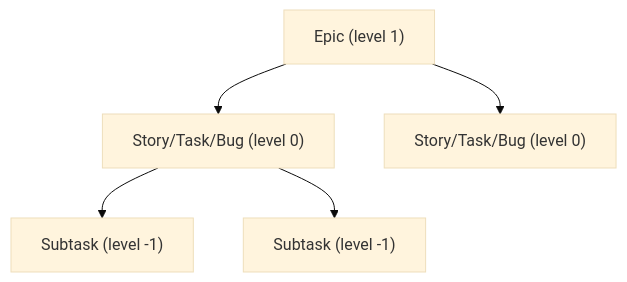
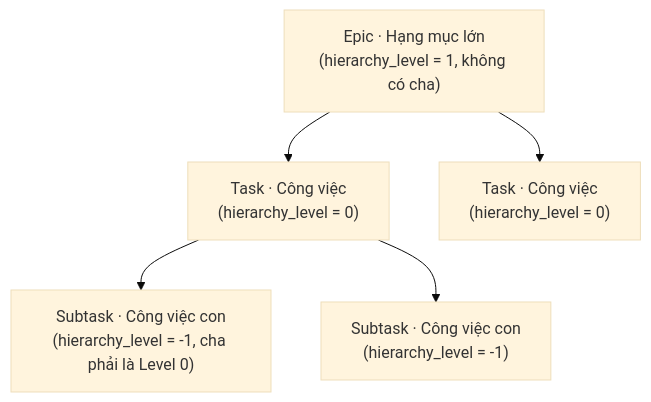
Before and after one commit to Hecker-Chuoi/DATN-2026: diagram 16 of 22 in formal_doc/01_QUAN_HE_THUC_THE.md, drawn with Mermaid (base theme). The commit also changed other lines of this file and 60 other files, not shown here.

````diff
--- a/formal_doc/01_QUAN_HE_THUC_THE.md
+++ b/formal_doc/01_QUAN_HE_THUC_THE.md
@@ -429,7 +461,7 @@
 ```mermaid
 flowchart TD
-    E["Epic (level 1)"] --> T1["Story/Task/Bug (level 0)"]
-    E --> T2["Story/Task/Bug (level 0)"]
-    T1 --> S1["Subtask (level -1)"]
-    T1 --> S2["Subtask (level -1)"]
+    E["Epic · Hạng mục lớn<br/>(hierarchy_level = 1, không có cha)"] --> T1["Task · Công việc<br/>(hierarchy_level = 0)"]
+    E --> T2["Task · Công việc<br/>(hierarchy_level = 0)"]
+    T1 --> S1["Subtask · Công việc con<br/>(hierarchy_level = -1, cha phải là Level 0)"]
+    T1 --> S2["Subtask · Công việc con<br/>(hierarchy_level = -1)"]
 ```
````
